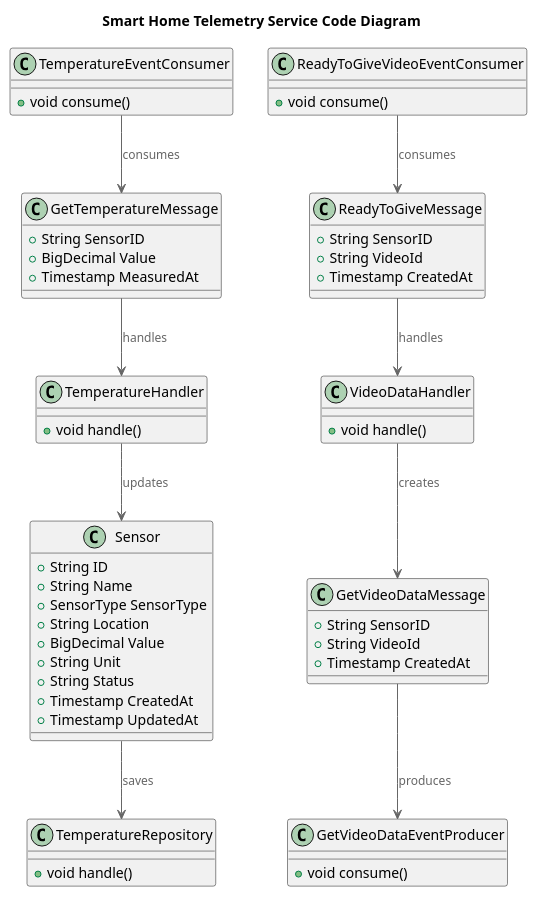
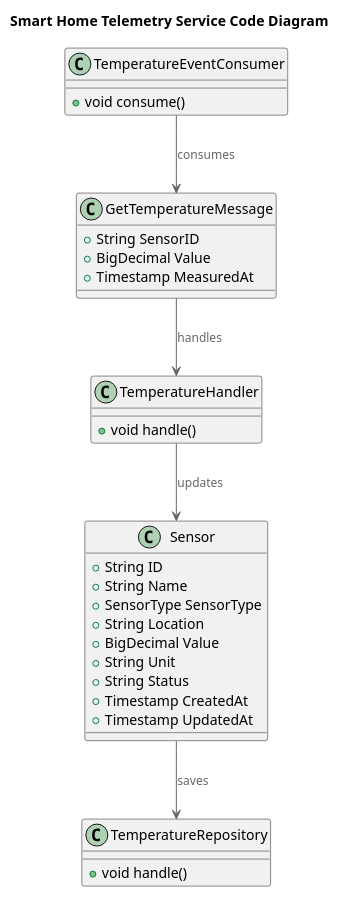
The diagram in diagrams/code_telemetry_to_be.puml (art-respublica/architecture-pro-warmhouse), drawn with PlantUML before and after one commit. The commit also changed 3 other files, not shown here.

```diff
--- a/diagrams/code_telemetry_to_be.puml
+++ b/diagrams/code_telemetry_to_be.puml
@@ -1,72 +1,43 @@
 @startuml
 title Smart Home Telemetry Service Code Diagram
 
 top to bottom direction
 
 !includeurl https://raw.githubusercontent.com/RicardoNiepel/C4-PlantUML/master/C4_Component.puml
 
 class Sensor {
   +String ID
   +String Name
   +SensorType SensorType
   +String Location
   +BigDecimal Value
   +String Unit
   +String Status
   +Timestamp CreatedAt
   +Timestamp UpdatedAt
 }
 
 class GetTemperatureMessage {
   +String SensorID
   +BigDecimal Value
   +Timestamp MeasuredAt
 }
 
-class ReadyToGiveMessage {
-  +String SensorID
-  +String VideoId
-  +Timestamp CreatedAt
-}
-
-class GetVideoDataMessage {
-  +String SensorID
-  +String VideoId
-  +Timestamp CreatedAt
-}
-
 class TemperatureEventConsumer {
-  +void consume()
-}
-
-class ReadyToGiveVideoEventConsumer {
   +void consume()
 }
 
 class TemperatureHandler {
   +void handle()
 }
 
-class VideoDataHandler {
-  +void handle()
-}
-
 class TemperatureRepository {
   +void handle()
-}
-
-class GetVideoDataEventProducer {
-  +void consume()
 }
 
 TemperatureEventConsumer --> GetTemperatureMessage : consumes
 GetTemperatureMessage --> TemperatureHandler : handles
 TemperatureHandler --> Sensor : updates
 Sensor --> TemperatureRepository : saves
 
-ReadyToGiveVideoEventConsumer --> ReadyToGiveMessage : consumes
-ReadyToGiveMessage --> VideoDataHandler : handles
-VideoDataHandler --> GetVideoDataMessage : creates
-GetVideoDataMessage --> GetVideoDataEventProducer : produces
-
 @enduml
```
